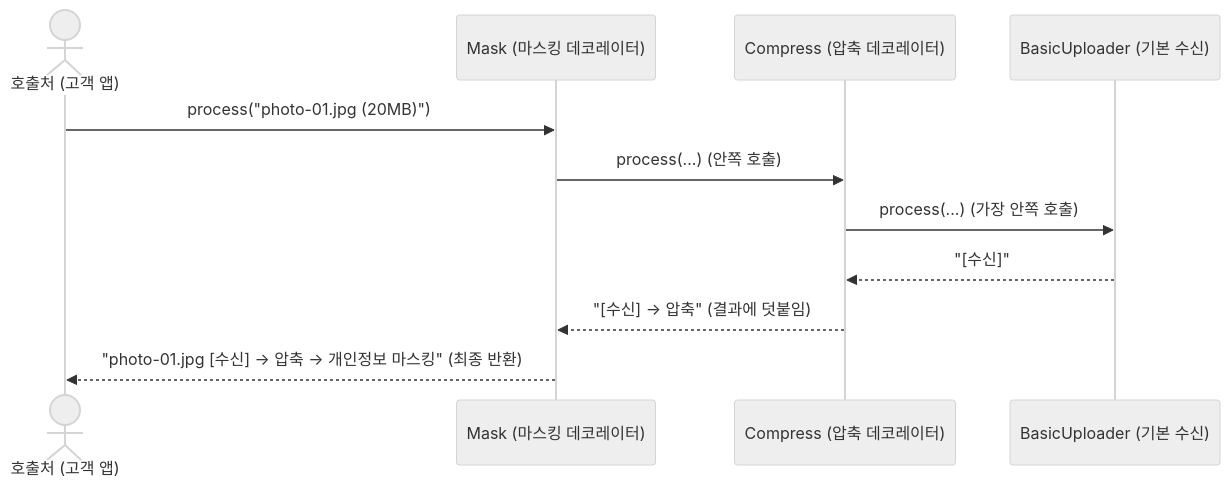
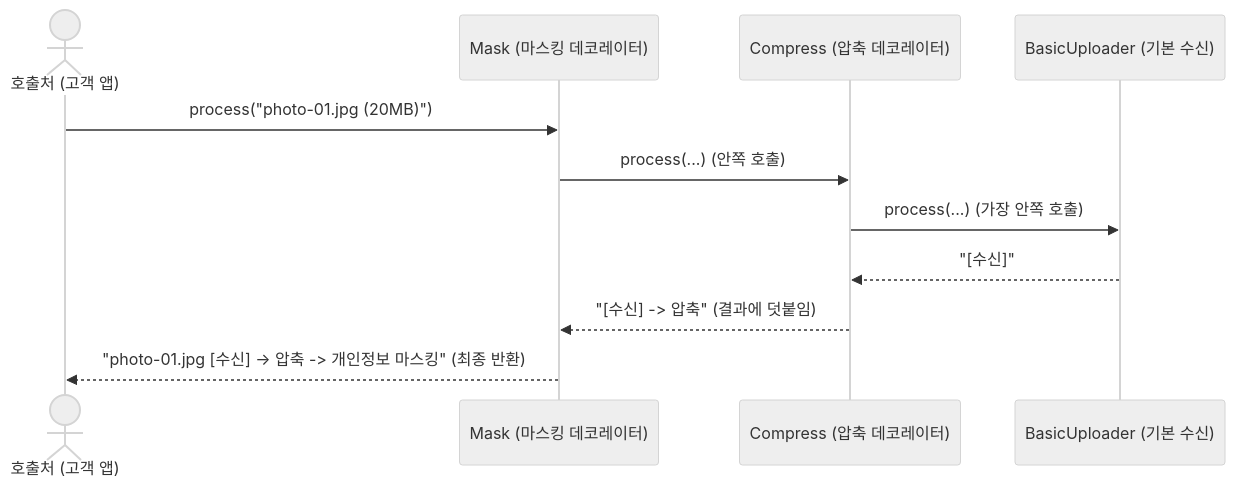
The third of 5 diagrams in README.md (Data-MaSTeRR/samsung-aa-design-patterns), drawn with Mermaid (neutral theme) before and after one commit. The commit also changed other lines of this file and 61 other files, not shown here.

````diff
--- a/README.md
+++ b/README.md
@@ -207,14 +209,14 @@
 ```mermaid
 sequenceDiagram
     actor Client as 호출처 (고객 앱)
     participant Mask as Mask (마스킹 데코레이터)
     participant Compress as Compress (압축 데코레이터)
     participant Basic as BasicUploader (기본 수신)
 
     Client->>Mask: process("photo-01.jpg (20MB)")
     Mask->>Compress: process(...) (안쪽 호출)
     Compress->>Basic: process(...) (가장 안쪽 호출)
     Basic-->>Compress: "[수신]"
-    Compress-->>Mask: "[수신] → 압축" (결과에 덧붙임)
-    Mask-->>Client: "photo-01.jpg [수신] → 압축 → 개인정보 마스킹" (최종 반환)
+    Compress-->>Mask: "[수신] -> 압축" (결과에 덧붙임)
+    Mask-->>Client: "photo-01.jpg [수신] -> 압축 -> 개인정보 마스킹" (최종 반환)
 ```
````
